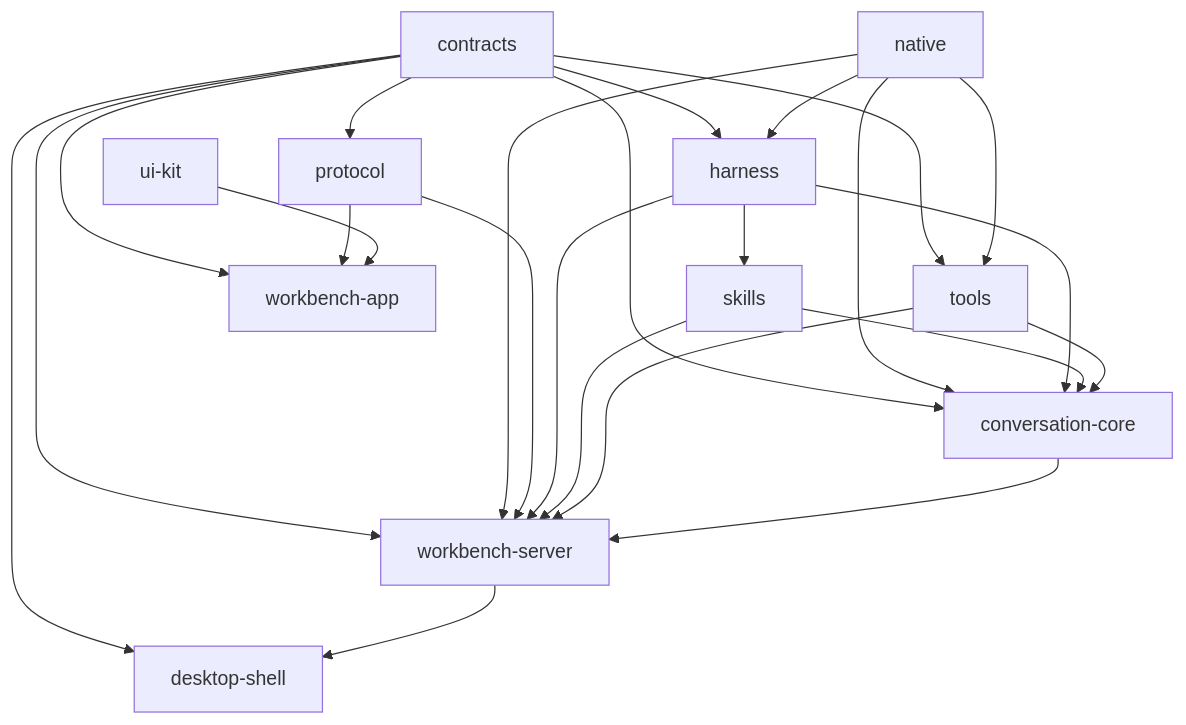
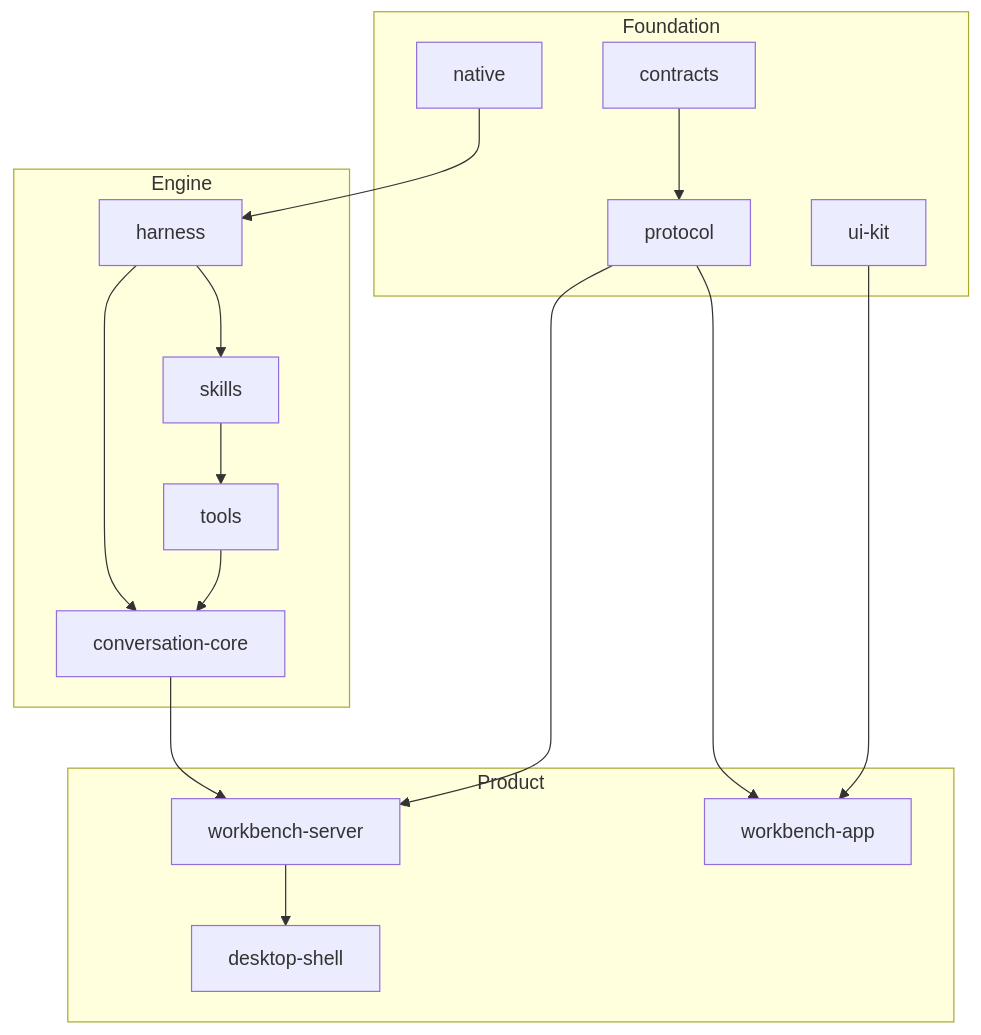
The diagram in docs/architecture/codebase.md (ThilinaTLM/nerve), drawn with Mermaid before and after one commit. The commit also changed other lines of this file and 25 other files, not shown here.

First line of the commit message:
Restructure architecture docs and document conversation state and attention (#480)

````diff
--- a/docs/architecture/codebase.md
+++ b/docs/architecture/codebase.md
@@ -7,26 +5,25 @@
 ```mermaid
-flowchart TD
+flowchart TB
+  subgraph Foundation
+    contracts
+    protocol
+    native
+    ui-kit
+  end
+  subgraph Engine
+    harness --> skills
+    skills --> tools
+    harness --> conversation-core
+    tools --> conversation-core
+  end
+  subgraph Product
+    workbench-server --> desktop-shell
+    workbench-app
+  end
   contracts --> protocol
-  contracts --> harness
   native --> harness
-  harness --> skills
-  contracts --> tools
-  native --> tools
-  contracts --> conversation-core
-  native --> conversation-core
-  harness --> conversation-core
-  skills --> conversation-core
-  tools --> conversation-core
-  contracts --> workbench-server
-  native --> workbench-server
+  conversation-core --> workbench-server
   protocol --> workbench-server
-  harness --> workbench-server
-  skills --> workbench-server
-  tools --> workbench-server
-  conversation-core --> workbench-server
-  contracts --> workbench-app
   protocol --> workbench-app
   ui-kit --> workbench-app
-  contracts --> desktop-shell
-  workbench-server --> desktop-shell
 ```
````
